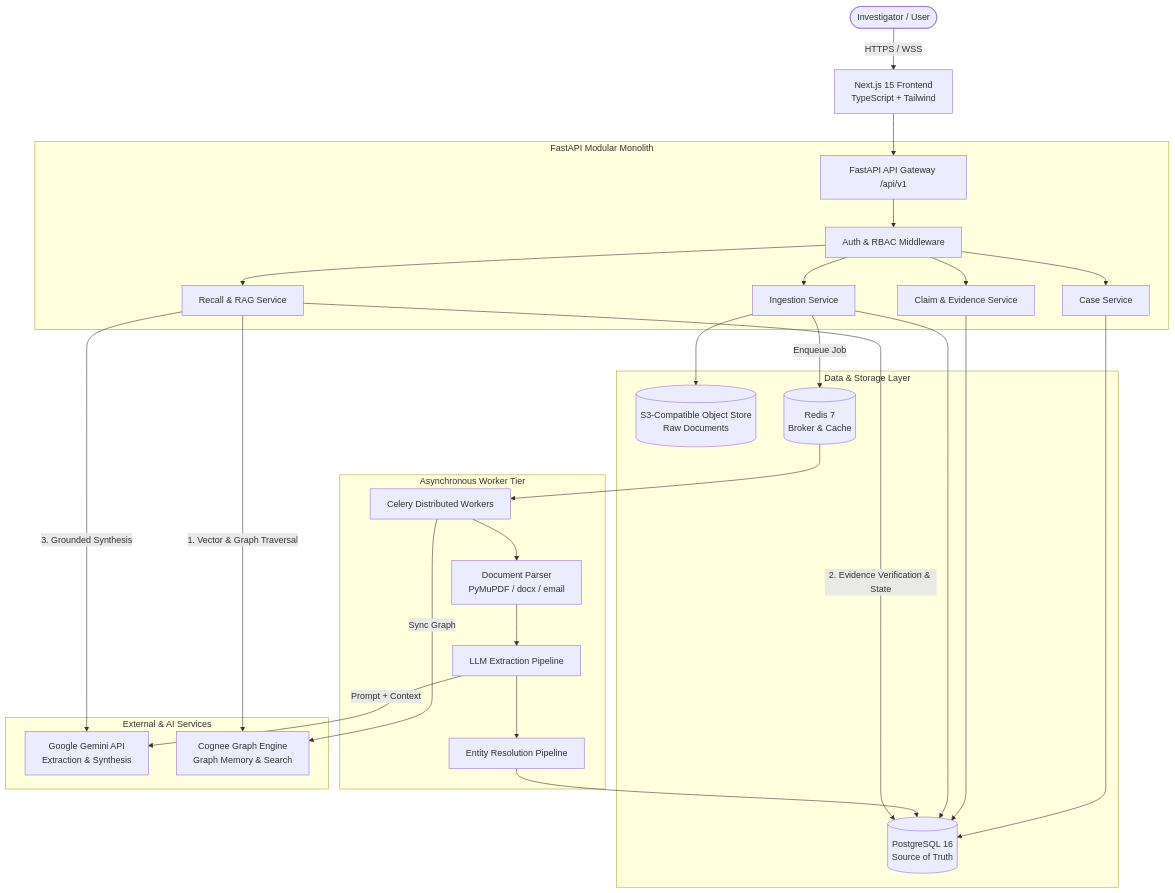
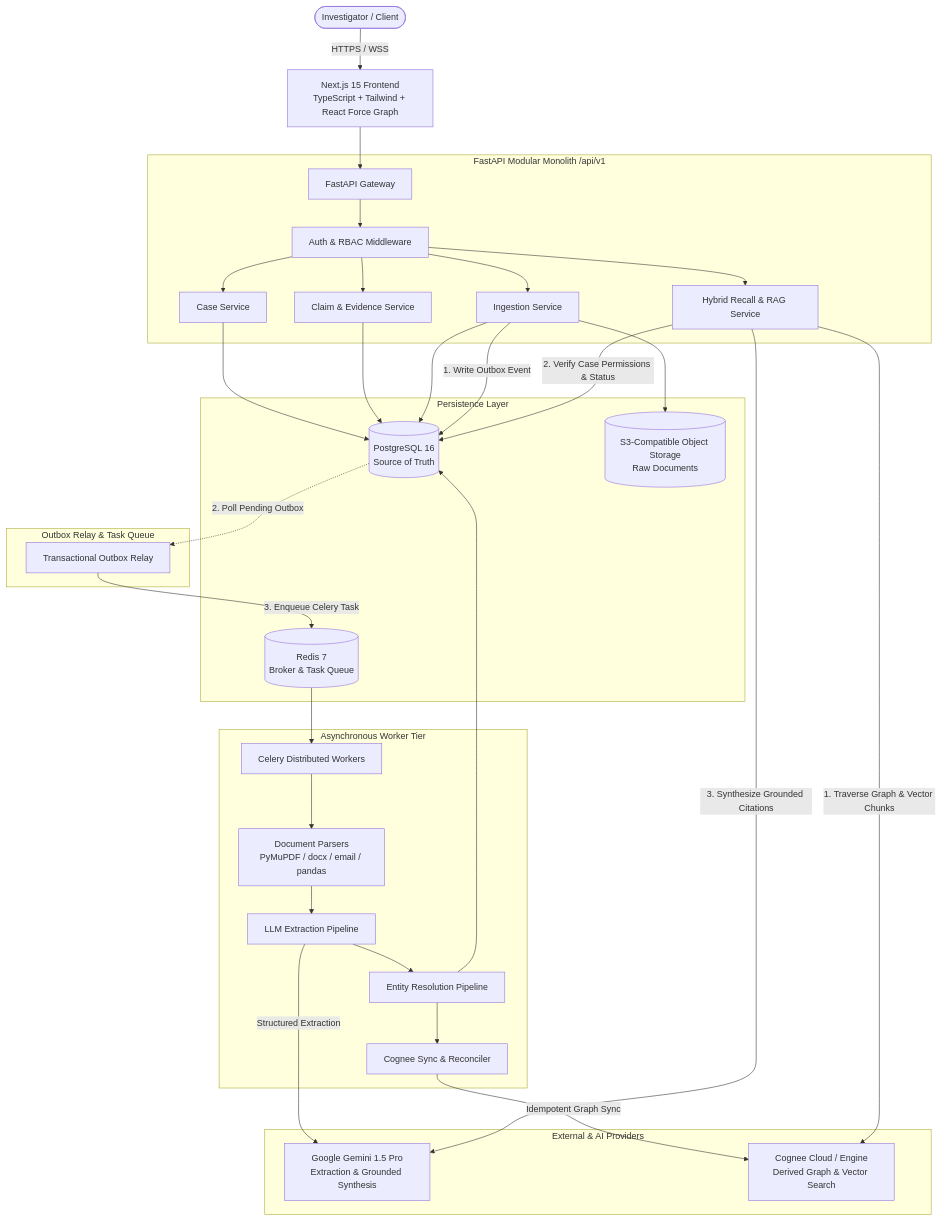
Before and after one commit to rushikeshbathe096/RedThread: the diagram in docs/architecture.md, drawn with Mermaid. The commit also changed other lines of this file and 38 other files, not shown here.

Commit message:
db schema

````diff
--- a/docs/architecture.md
+++ b/docs/architecture.md
@@ -11,57 +19,66 @@
 ```mermaid
 flowchart TD
-    User([Investigator / User]) -->|HTTPS / WSS| WebUI[Next.js 15 Frontend<br/>TypeScript + Tailwind]
+    User([Investigator / Client]) -->|HTTPS / WSS| WebUI[Next.js 15 Frontend<br/>TypeScript + Tailwind + React Force Graph]
     
-    subgraph Application Tier [FastAPI Modular Monolith]
-        API[FastAPI API Gateway /api/v1]
+    subgraph Application Tier [FastAPI Modular Monolith /api/v1]
+        API[FastAPI Gateway]
         AuthSvc[Auth & RBAC Middleware]
         CaseSvc[Case Service]
         IngestSvc[Ingestion Service]
-        RecallSvc[Recall & RAG Service]
+        RecallSvc[Hybrid Recall & RAG Service]
         EvidenceSvc[Claim & Evidence Service]
         
         API --> AuthSvc
         AuthSvc --> CaseSvc
         AuthSvc --> IngestSvc
         AuthSvc --> RecallSvc
         AuthSvc --> EvidenceSvc
     end
     
     WebUI --> API
     
-    subgraph Data & Storage Layer
+    subgraph Persistence Layer
         PG[(PostgreSQL 16<br/>Source of Truth)]
-        S3[(S3-Compatible Object Store<br/>Raw Documents)]
-        Redis[(Redis 7<br/>Broker & Cache)]
+        S3[(S3-Compatible Object Storage<br/>Raw Documents)]
+        Redis[(Redis 7<br/>Broker & Task Queue)]
     end
     
     CaseSvc --> PG
     EvidenceSvc --> PG
     IngestSvc --> PG
     IngestSvc --> S3
-    IngestSvc -->|Enqueue Job| Redis
+    IngestSvc -->|1. Write Outbox Event| PG
+    
+    subgraph Outbox Relay & Task Queue
+        Relay[Transactional Outbox Relay]
+        PG -.->|2. Poll Pending Outbox| Relay
+        Relay -->|3. Enqueue Celery Task| Redis
+    end
     
     subgraph Asynchronous Worker Tier
         Celery[Celery Distributed Workers]
-        DocParser[Document Parser<br/>PyMuPDF / docx / email]
+        DocParser[Document Parsers<br/>PyMuPDF / docx / email / pandas]
         ExtrPipeline[LLM Extraction Pipeline]
         ResPipeline[Entity Resolution Pipeline]
+        SyncWorker[Cognee Sync & Reconciler]
         
         Redis --> Celery
         Celery --> DocParser
         DocParser --> ExtrPipeline
         ExtrPipeline --> ResPipeline
+        ResPipeline --> SyncWorker
     end
     
-    subgraph External & AI Services
-        Gemini[Google Gemini API<br/>Extraction & Synthesis]
-        Cognee[Cognee Graph Engine<br/>Graph Memory & Search]
+    subgraph External & AI Providers
+        Gemini[Google Gemini 1.5 Pro<br/>Extraction & Grounded Synthesis]
+        Cognee[Cognee Cloud / Engine<br/>Derived Graph & Vector Search]
     end
     
-    ExtrPipeline -->|Prompt + Context| Gemini
+    ExtrPipeline -->|Structured Extraction| Gemini
     ResPipeline --> PG
-    Celery -->|Sync Graph| Cognee
-    RecallSvc -->|1. Vector & Graph Traversal| Cognee
-    RecallSvc -->|2. Evidence Verification & State| PG
-    RecallSvc -->|3. Grounded Synthesis| Gemini
+    SyncWorker -->|Idempotent Graph Sync| Cognee
+    
+    RecallSvc -->|1. Traverse Graph & Vector Chunks| Cognee
+    RecallSvc -->|2. Verify Case Permissions & Status| PG
+    RecallSvc -->|3. Synthesize Grounded Citations| Gemini
 ```
````
